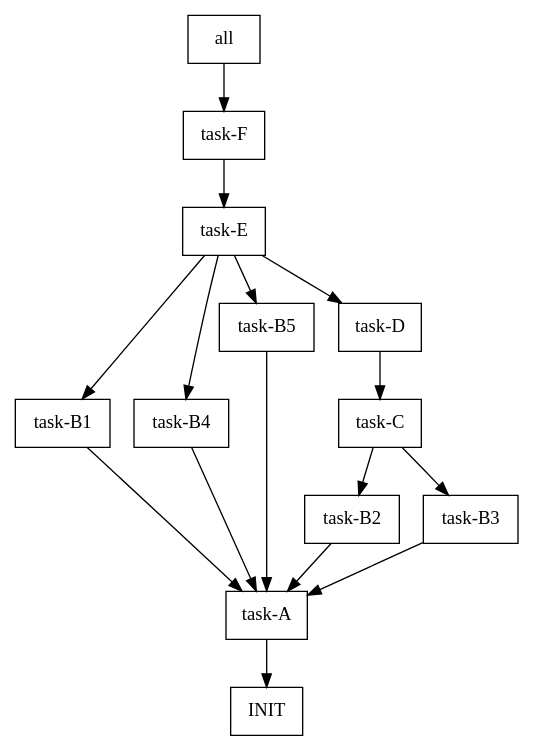
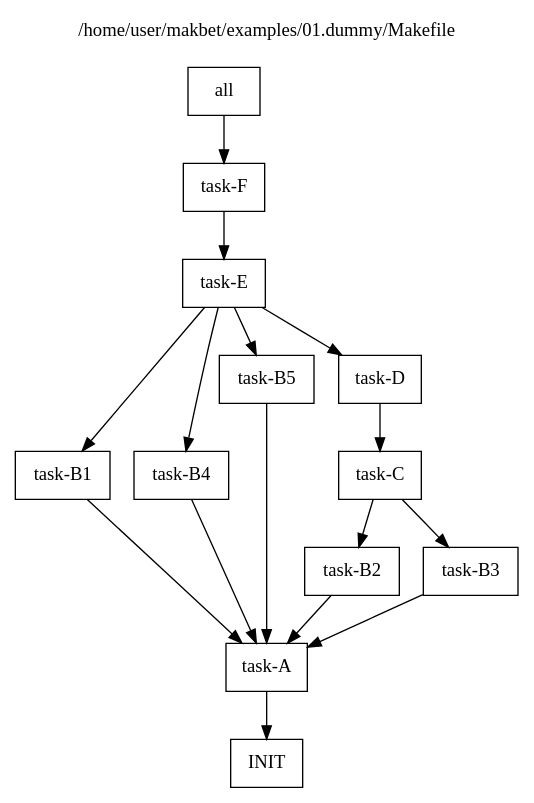
One commit to skaluzka/makbet changed the diagram in docs/examples/01.dummy/results.dot. Above: the diagram before and after it, drawn with Graphviz. The commit also changed other lines of this file and 9 other files, not shown here.

```diff
--- a/docs/examples/01.dummy/results.dot
+++ b/docs/examples/01.dummy/results.dot
@@ -1,41 +1,43 @@
-
 digraph {
 
-	// Generated automatically by makbet heads/master-0-g351d0e3
-	// Generation date: Sat 08 Aug 2020 10:44:50 PM CEST
+	// Generated automatically by makbet heads/master-0-g88262d1
+	// Generation date: Wed 19 Aug 2020 01:21:07 AM CEST
 	// Input: /home/user/makbet/examples/01.dummy/Makefile
+
+	// Graph title.
+	labelloc="t";
+	label="/home/user/makbet/examples/01.dummy/Makefile\n\n"
 
 	node [shape=box];
 
 	"all" -> "task-F";
 
 	"INIT";
 
 	"task-A" -> "INIT";
 
 	"task-B1" -> "task-A";
 
 	"task-B2" -> "task-A";
 
 	"task-B3" -> "task-A";
 
 	"task-B4" -> "task-A";
 
 	"task-B5" -> "task-A";
 
 	"task-C" -> "task-B2";
 	"task-C" -> "task-B3";
 
 	"task-D" -> "task-C";
 
 	"task-E" -> "task-B1";
 	"task-E" -> "task-B4";
 	"task-E" -> "task-B5";
 	"task-E" -> "task-D";
 
 	"task-F" -> "task-E";
 
-
 	// End of file
 
 }
```
